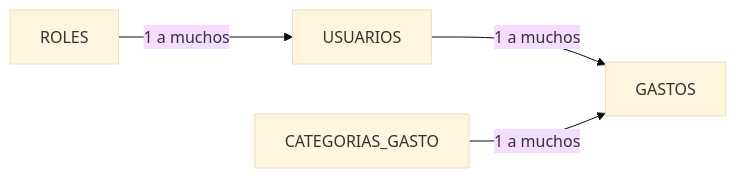
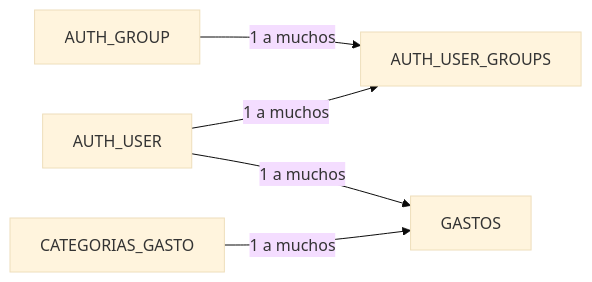
One commit to Renzzoworld/rapid-market changed the third of 3 diagrams in docs/DER_RESUMIDO_PARA_FOTO.md. Above: the diagram before and after it, drawn with Mermaid (base theme). The commit also changed other lines of this file and 18 other files, not shown here.

````diff
--- a/docs/DER_RESUMIDO_PARA_FOTO.md
+++ b/docs/DER_RESUMIDO_PARA_FOTO.md
@@ -34,6 +34,7 @@
 ```mermaid
 flowchart LR
-    R[ROLES] -->|1 a muchos| U[USUARIOS]
+    R[AUTH_GROUP] -->|1 a muchos| UG[AUTH_USER_GROUPS]
+    U[AUTH_USER] -->|1 a muchos| UG
     U -->|1 a muchos| G[GASTOS]
     CG[CATEGORIAS_GASTO] -->|1 a muchos| G
 ```
````
